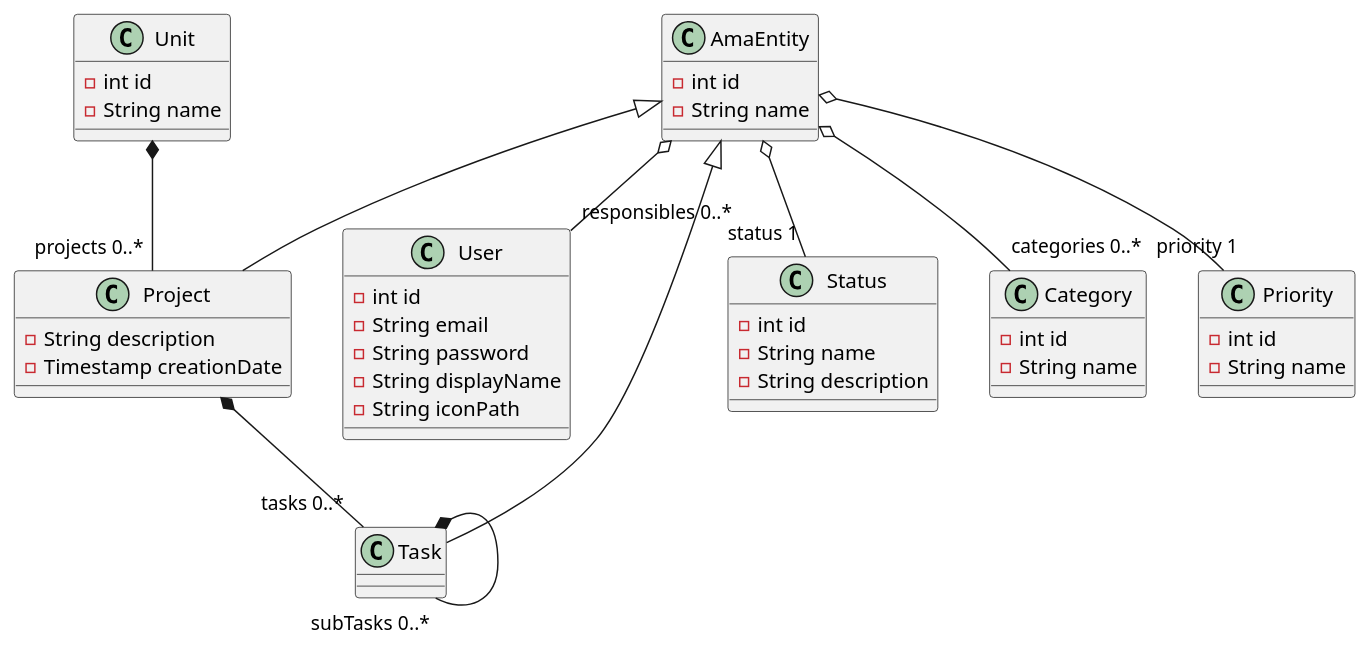
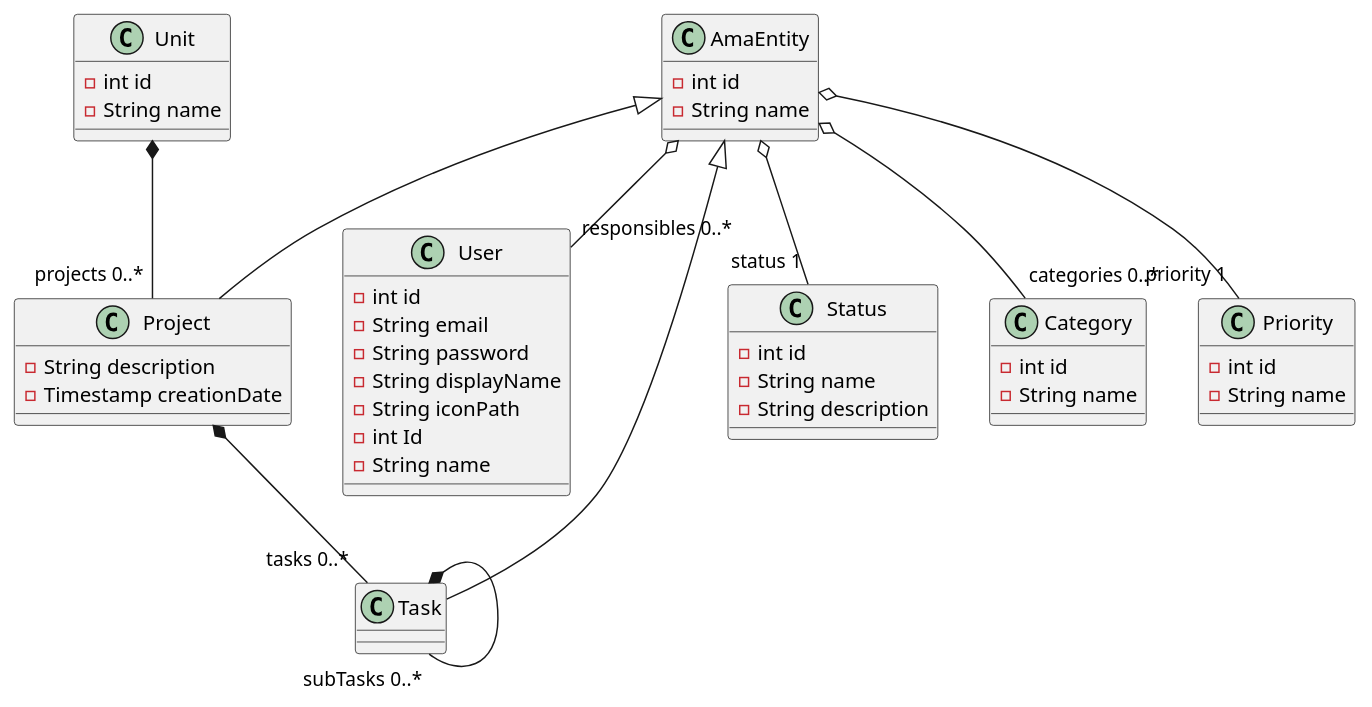
One commit to JikaiNoTsubasa/AmadeusBackend changed the diagram in UML/Model.puml. Above: the diagram before and after it, drawn with PlantUML. The commit also changed 11 other files, not shown here.

```diff
--- a/UML/Model.puml
+++ b/UML/Model.puml
@@ -1,56 +1,60 @@
 @startuml Model
 
 class User{
 	- int id
 	- String email
 	- String password
 	- String displayName
 	- String iconPath
 }
 
 class AmaEntity{
 	- int id
 	- String name
 }
 
 class Unit{
 	- int id
 	- String name
 }
 
 class Project{
 	- String description
 	- Timestamp creationDate
 }
 
 class Task{
 }
 
 class Status{
 	- int id
 	- String name
 	- String description
 }
 
 class Category{
 	- int id
 	- String name
 }
 
 class Priority{
 	- int id
 	- String name
 }
 
+class User{
+	- int Id
+	- String name
+}
 
 AmaEntity <|-- Project
 AmaEntity <|-- Task
 Unit *-- "projects 0..*" Project
 Project *-- "tasks 0..*" Task
 Task *-- "subTasks 0..*" Task
 AmaEntity o-- "responsibles 0..*" User
 AmaEntity o-- "status 1" Status
 AmaEntity o-- "priority 1" Priority
 AmaEntity o-- "categories 0..*" Category
 
 @enduml
```
